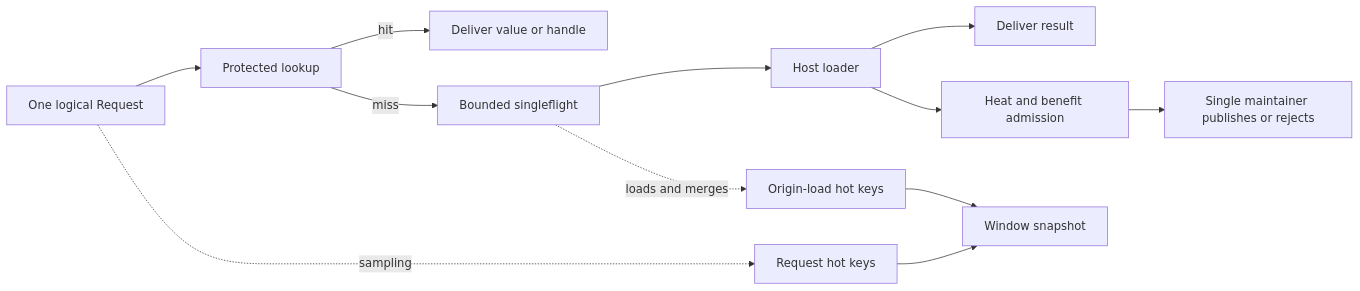
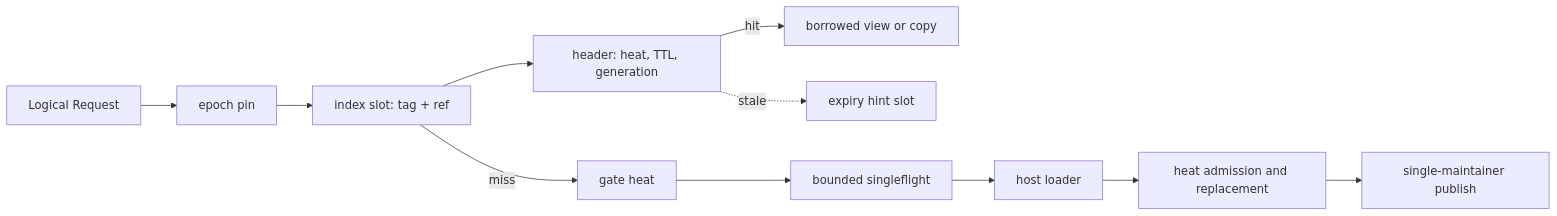
One commit to userpro/ahkc changed the diagram in ARCHITECTURE.md. Above: the diagram before and after it, drawn with Mermaid. The commit also changed other lines of this file and 92 other files, not shown here.

````diff
--- a/ARCHITECTURE.md
+++ b/ARCHITECTURE.md
@@ -27,14 +37,13 @@
 ```mermaid
 flowchart LR
-    R[One logical Request] --> G[Protected lookup]
-    G -->|hit| V[Deliver value or handle]
-    G -->|miss| F[Bounded singleflight]
-    F --> L[Host loader]
-    L --> D[Deliver result]
-    L --> A[Heat and benefit admission]
-    A --> M[Single maintainer publishes or rejects]
-    R -.sampling.-> Q[Request hot keys]
-    F -.loads and merges.-> H[Origin-load hot keys]
-    Q --> W[Window snapshot]
-    H --> W
+    R[Logical Request] --> P[epoch pin]
+    P --> I[index slot: tag + ref]
+    I --> H[header: heat, TTL, generation]
+    H -->|hit| V[borrowed view or copy]
+    H -.stale.-> T[expiry hint slot]
+    I -->|miss| G[gate heat]
+    G --> F[bounded singleflight]
+    F --> L[host loader]
+    L --> A[heat admission and replacement]
+    A --> M[single-maintainer publish]
 ```
````
